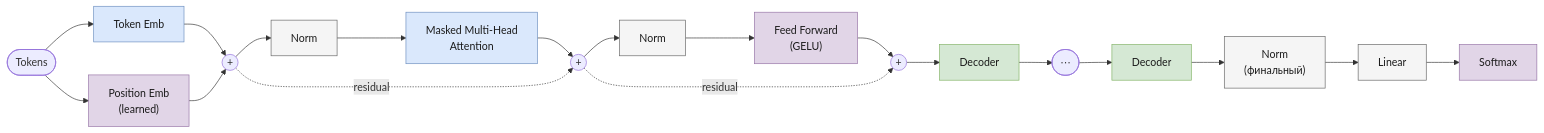
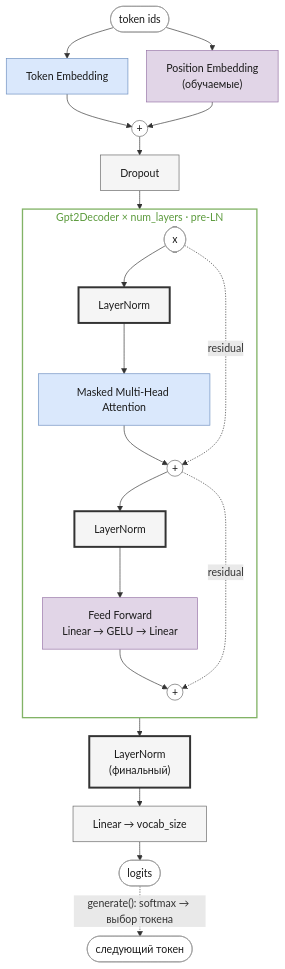
One commit to pese-git/llm-arch-research changed the diagram in docs/gpt2.md. Above: the diagram before and after it, drawn with Mermaid. The commit also changed 8 other files, not shown here.

First line of the commit message:
docs: redraw architecture diagrams in Mermaid, show RoPE explicitly

````diff
--- a/docs/gpt2.md
+++ b/docs/gpt2.md
@@ -14,21 +14,38 @@
 ```mermaid
-flowchart LR
-    Tokens(["Tokens"]) --> TokEmb["Token Emb"]:::blue
-    Tokens --> PosEmb["Position Emb<br/>(learned)"]:::purple
-    TokEmb --> Sum(("+"))
+%%{init: {"flowchart": {"rankSpacing": 28, "nodeSpacing": 28}}}%%
+flowchart TB
+    Ids(["token ids"]):::io --> TokEmb["Token Embedding"]:::blue
+    Ids --> PosEmb["Position Embedding<br/>(обучаемые)"]:::purple
+    TokEmb --> Sum(("+")):::add
     PosEmb --> Sum
-    Sum --> N1["Norm"]:::gray
-    N1 --> Attn["Masked Multi-Head<br/>Attention"]:::blue
-    Attn --> A1(("+"))
-    Sum -.->|residual| A1
-    A1 --> N2["Norm"]:::gray
-    N2 --> FFN["Feed Forward<br/>(GELU)"]:::purple
-    FFN --> A2(("+"))
-    A1 -.->|residual| A2
-    A2 --> Dc2["Decoder"]:::green --> Dots(["⋯"]) --> Dc5["Decoder"]:::green --> NF["Norm<br/>(финальный)"]:::gray --> Lin["Linear"]:::gray --> Soft["Softmax"]:::purple
+    Sum --> Drop["Dropout"]:::gray
+    subgraph Dec["Gpt2Decoder × num_layers · pre-LN"]
+        direction TB
+        X(["x"]):::io --> N1["LayerNorm"]:::grayHl
+        N1 --> Attn["Masked Multi-Head Attention"]:::blue
+        Attn --> A1(("+")):::add
+        X -. residual .-> A1
+        A1 --> N2["LayerNorm"]:::grayHl
+        N2 --> FFN["Feed Forward<br/>Linear → GELU → Linear"]:::purple
+        FFN --> A2(("+")):::add
+        A1 -. residual .-> A2
+    end
+    Drop --> Dec
+    Dec --> NF["LayerNorm<br/>(финальный)"]:::grayHl --> Lin
+    Lin["Linear → vocab_size"]:::gray --> Out(["logits"]):::io
+    Out -. "generate(): softmax → выбор токена" .-> Next(["следующий токен"]):::io
+    style Dec fill:transparent,stroke:#82b366,stroke-width:2px,color:#5b9a3c
 
+    classDef io fill:#ffffff,stroke:#999999,color:#1a1a1a;
+    classDef add fill:#ffffff,stroke:#666666,color:#1a1a1a;
     classDef blue fill:#dae8fc,stroke:#6c8ebf,color:#1a1a1a;
+    classDef blueHl fill:#dae8fc,stroke:#2f5f9e,stroke-width:3px,color:#1a1a1a;
     classDef purple fill:#e1d5e7,stroke:#9673a6,color:#1a1a1a;
-    classDef green fill:#d5e8d4,stroke:#82b366,color:#1a1a1a;
+    classDef purpleHl fill:#e1d5e7,stroke:#6a3d85,stroke-width:3px,color:#1a1a1a;
     classDef gray fill:#f5f5f5,stroke:#666666,color:#1a1a1a;
+    classDef grayHl fill:#f5f5f5,stroke:#333333,stroke-width:3px,color:#1a1a1a;
+    classDef gold fill:#fff2cc,stroke:#d6b656,color:#1a1a1a;
+    classDef rope fill:#d5f0ec,stroke:#3a9e8f,color:#1a1a1a;
+    classDef ropeHl fill:#d5f0ec,stroke:#1f6f63,stroke-width:3px,color:#1a1a1a;
+    classDef dim fill:#f5f5f5,stroke:#bbbbbb,color:#999999,stroke-dasharray:4 3;
 ```
````
